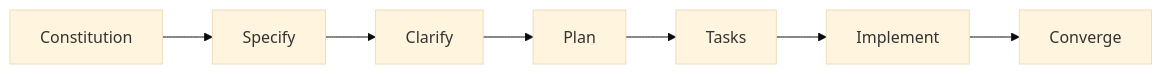
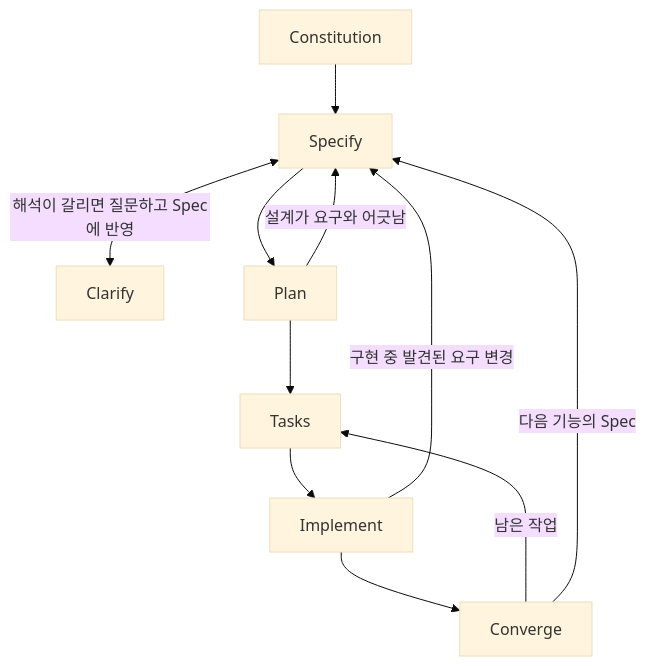
One commit to 00700lsm/sdd-test changed the diagram in README.md. Above: the diagram before and after it, drawn with Mermaid (base theme). The commit also changed other lines of this file and 1 other file, not shown here.

Commit message:
docs: show the SDD process as a cycle
Return requirement gaps and later features to Spec so the flow is not only a straight line.

````diff
--- a/README.md
+++ b/README.md
@@ -20,11 +20,18 @@
 ```mermaid
-flowchart LR
+flowchart TD
   constitution[Constitution]
   specify[Specify]
   clarify[Clarify]
   plan[Plan]
   tasks[Tasks]
   implement[Implement]
   converge[Converge]
-  constitution --> specify --> clarify --> plan --> tasks --> implement --> converge
+
+  constitution --> specify
+  specify --> plan --> tasks --> implement --> converge
+  specify <-->|해석이 갈리면 질문하고 Spec에 반영| clarify
+  plan -->|설계가 요구와 어긋남| specify
+  implement -->|구현 중 발견된 요구 변경| specify
+  converge -->|남은 작업| tasks
+  converge -->|다음 기능의 Spec| specify
 ```
````
